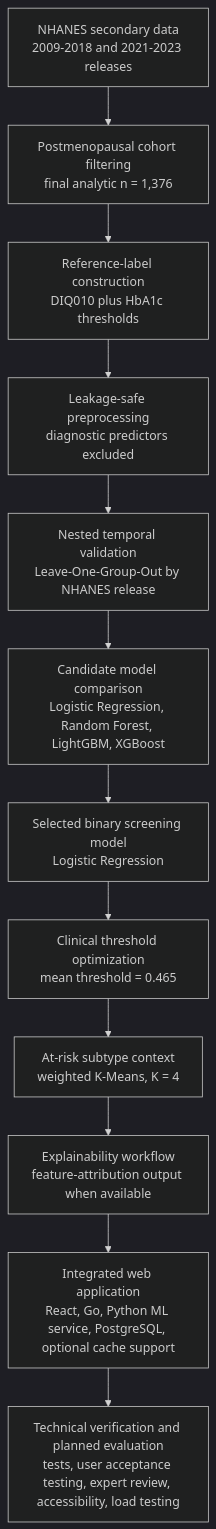
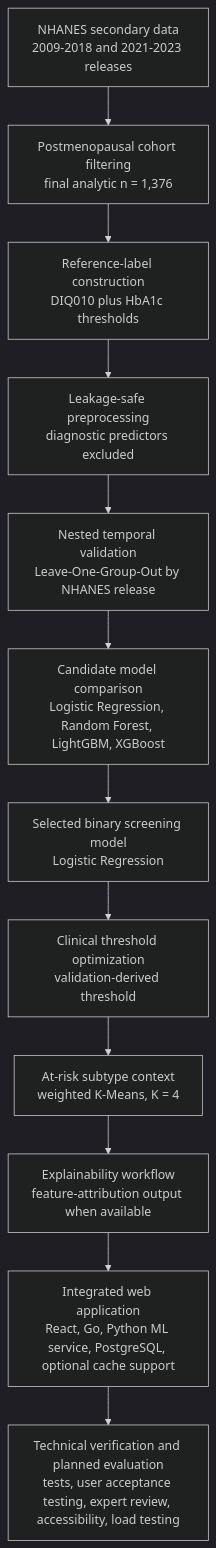
The first of 5 diagrams in docs/07-research/thesis-drafts/ch3+4-final-academic-draft.md (Skufu/DianaV2), drawn with Mermaid (dark theme) before and after one commit. The commit also changed other lines of this file, not shown here.

````diff
--- a/docs/07-research/thesis-drafts/ch3+4-final-academic-draft.md
+++ b/docs/07-research/thesis-drafts/ch3+4-final-academic-draft.md
@@ -13,14 +13,14 @@
 ```mermaid
 flowchart TB
     A["NHANES secondary data<br/>2009-2018 and 2021-2023 releases"] --> B["Postmenopausal cohort filtering<br/>final analytic n = 1,376"]
     B --> C["Reference-label construction<br/>DIQ010 plus HbA1c thresholds"]
     C --> D["Leakage-safe preprocessing<br/>diagnostic predictors excluded"]
     D --> E["Nested temporal validation<br/>Leave-One-Group-Out by NHANES release"]
     E --> F["Candidate model comparison<br/>Logistic Regression, Random Forest, LightGBM, XGBoost"]
     F --> G["Selected binary screening model<br/>Logistic Regression"]
-    G --> H["Clinical threshold optimization<br/>mean threshold = 0.465"]
+    G --> H["Clinical threshold optimization<br/>validation-derived threshold"]
     H --> I["At-risk subtype context<br/>weighted K-Means, K = 4"]
     I --> J["Explainability workflow<br/>feature-attribution output when available"]
     J --> K["Integrated web application<br/>React, Go, Python ML service, PostgreSQL, optional cache support"]
     K --> L["Technical verification and planned evaluation<br/>tests, user acceptance testing, expert review, accessibility, load testing"]
 ```
````
